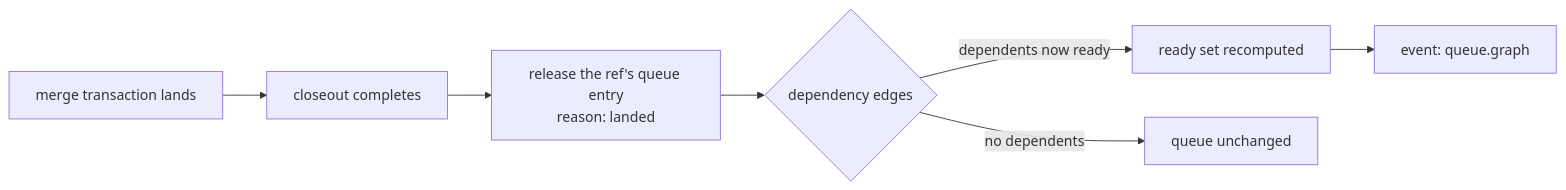
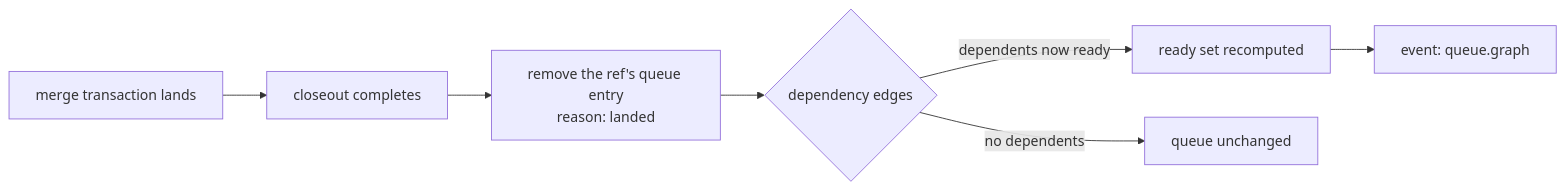
One commit to juliusz-cwiakalski/agentic-delivery-os changed the seventh of 10 diagrams in doc/planning/oss-tooling/milestones/m2/architecture.md. Above: the diagram before and after it, drawn with Mermaid. The commit also changed other lines of this file and 9 other files, not shown here.

````diff
--- a/doc/planning/oss-tooling/milestones/m2/architecture.md
+++ b/doc/planning/oss-tooling/milestones/m2/architecture.md
@@ -176,9 +176,9 @@
 ```mermaid
 flowchart LR
     A[merge transaction lands] --> B[closeout completes]
-    B --> C[release the ref's queue entry<br/>reason: landed]
+    B --> C[remove the ref's queue entry<br/>reason: landed]
     C --> D{dependency edges}
     D -->|dependents now ready| E[ready set recomputed]
     D -->|no dependents| F[queue unchanged]
     E --> G[event: queue.graph]
 ```
````
